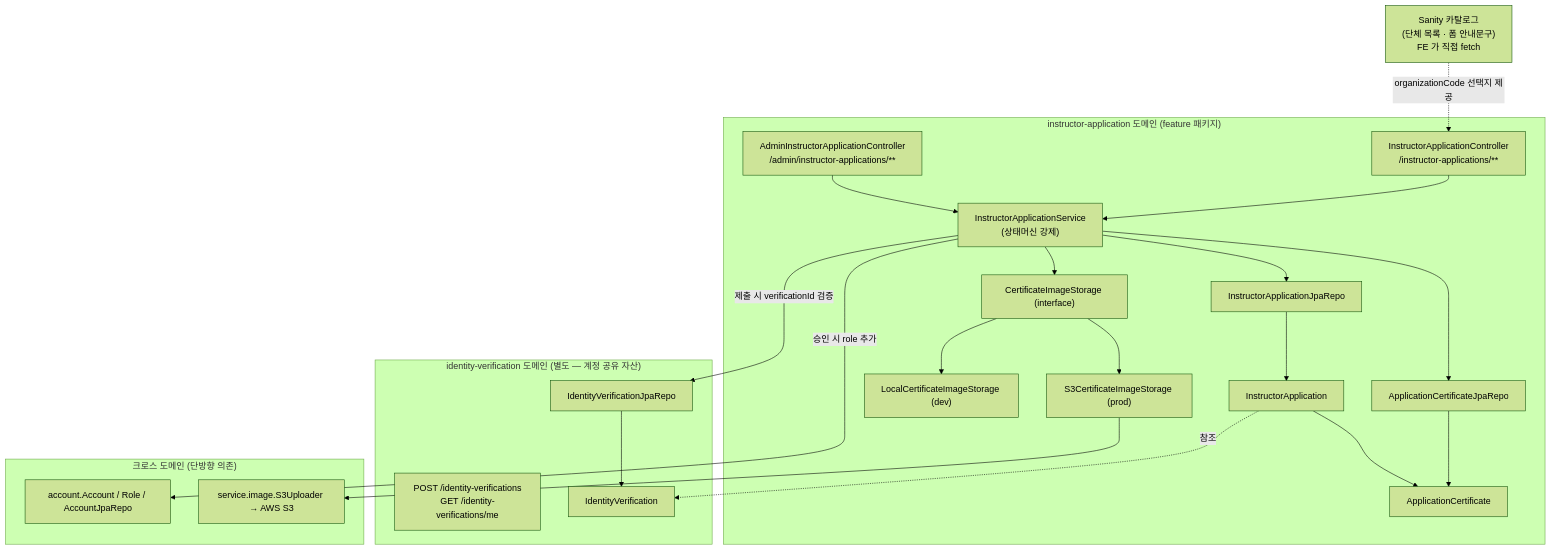
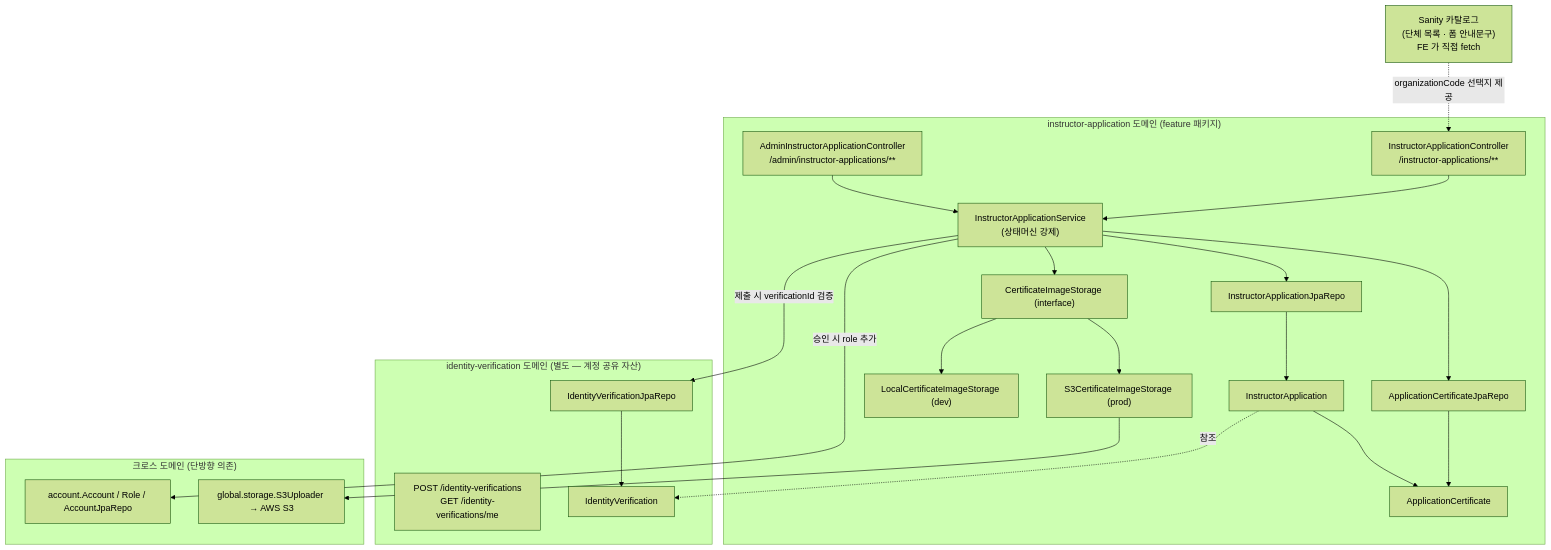
The first of 4 diagrams in docs/architecture/instructor-application.md (pungdong/Pungdong-Backend), drawn with Mermaid (forest theme) before and after one commit. The commit also changed 24 other files, not shown here.

````diff
--- a/docs/architecture/instructor-application.md
+++ b/docs/architecture/instructor-application.md
@@ -17,41 +17,41 @@
 ```mermaid
 flowchart TB
     subgraph Apply["instructor-application 도메인 (feature 패키지)"]
         UserCtl["InstructorApplicationController<br/>/instructor-applications/**"]
         AdminCtl["AdminInstructorApplicationController<br/>/admin/instructor-applications/**"]
         Svc["InstructorApplicationService<br/>(상태머신 강제)"]
         Storage["CertificateImageStorage (interface)"]
         StoreS3["S3CertificateImageStorage (prod)"]
         StoreLocal["LocalCertificateImageStorage (dev)"]
         AppEntity["InstructorApplication"]
         CertEntity["ApplicationCertificate"]
         AppRepo["InstructorApplicationJpaRepo"]
         CertRepo["ApplicationCertificateJpaRepo"]
     end
 
     subgraph IDV["identity-verification 도메인 (별도 — 계정 공유 자산)"]
         IdvApi["POST /identity-verifications<br/>GET /identity-verifications/me"]
         IdvRepo["IdentityVerificationJpaRepo"]
         IdvEntity["IdentityVerification"]
     end
 
     subgraph Shared["크로스 도메인 (단방향 의존)"]
         Account["account.Account / Role / AccountJpaRepo"]
-        S3up["service.image.S3Uploader → AWS S3"]
+        S3up["global.storage.S3Uploader → AWS S3"]
     end
 
     Sanity["Sanity 카탈로그<br/>(단체 목록 · 폼 안내문구)<br/>FE 가 직접 fetch"]
 
     UserCtl --> Svc
     AdminCtl --> Svc
     Svc --> Storage
     Storage --> StoreS3 --> S3up
     Storage --> StoreLocal
     Svc --> AppRepo --> AppEntity
     Svc --> CertRepo --> CertEntity
     Svc -->|제출 시 verificationId 검증| IdvRepo --> IdvEntity
     AppEntity -.참조.-> IdvEntity
     AppEntity --> CertEntity
     Svc -->|승인 시 role 추가| Account
     Sanity -.organizationCode 선택지 제공.-> UserCtl
 ```
````
